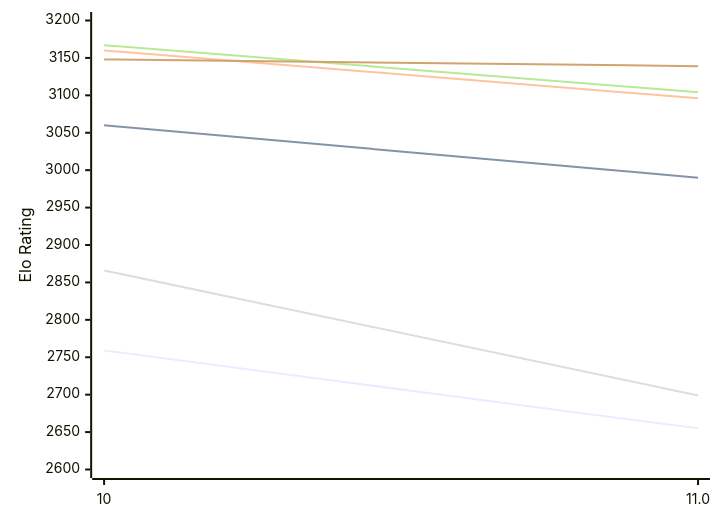
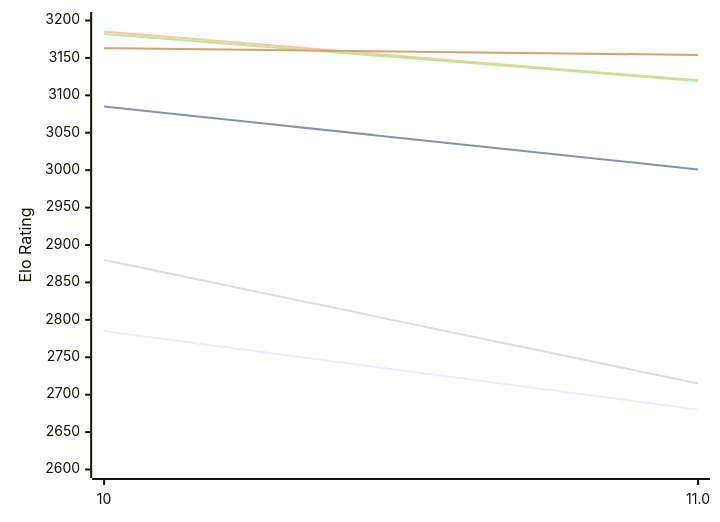
One commit to computer-chess-index/cci changed the first of 2 diagrams in engines/Lozza.md. Above: the diagram before and after it, drawn with Mermaid. The commit also changed other lines of this file, not shown here.

Commit message:
Update CCI Ratings (ELO VLTC) - 2026-10-24

````diff
--- a/engines/Lozza.md
+++ b/engines/Lozza.md
@@ -51,12 +51,12 @@
 ```mermaid
 %%{init: {"theme":"base","themeVariables":{"seriesColors:['#a3a3a3','#222221','#faa371']}}}%%
 xychart-beta
   x-axis ["10", "11.0"]
   y-axis "Elo Rating" 2600 --> 3200
-  line "E1: STC (8.0+0.08s)" [2759, 2655]
-  line "E1: LTC (60.0+0.60s)" [3060, 2990]
-  line "E1: VLTC (2m24s+1.12s)" [3160, 3096]
-  line "P1: STC (8.0+0.08s)" [2866, 2699]
-  line "P1: LTC (60.0+0.60s)" [3167, 3104]
-  line "P1: VLTC (2m24s+1.12s)" [3148, 3139]
+  line "E1: STC (8.0+0.08s)" [2785, 2680]
+  line "E1: LTC (60.0+0.60s)" [3085, 3001]
+  line "E1: VLTC (2m24s+1.12s)" [3185, 3120]
+  line "P1: STC (8.0+0.08s)" [2880, 2715]
+  line "P1: LTC (60.0+0.60s)" [3182, 3119]
+  line "P1: VLTC (2m24s+1.12s)" [3163, 3154]
 ```
````
